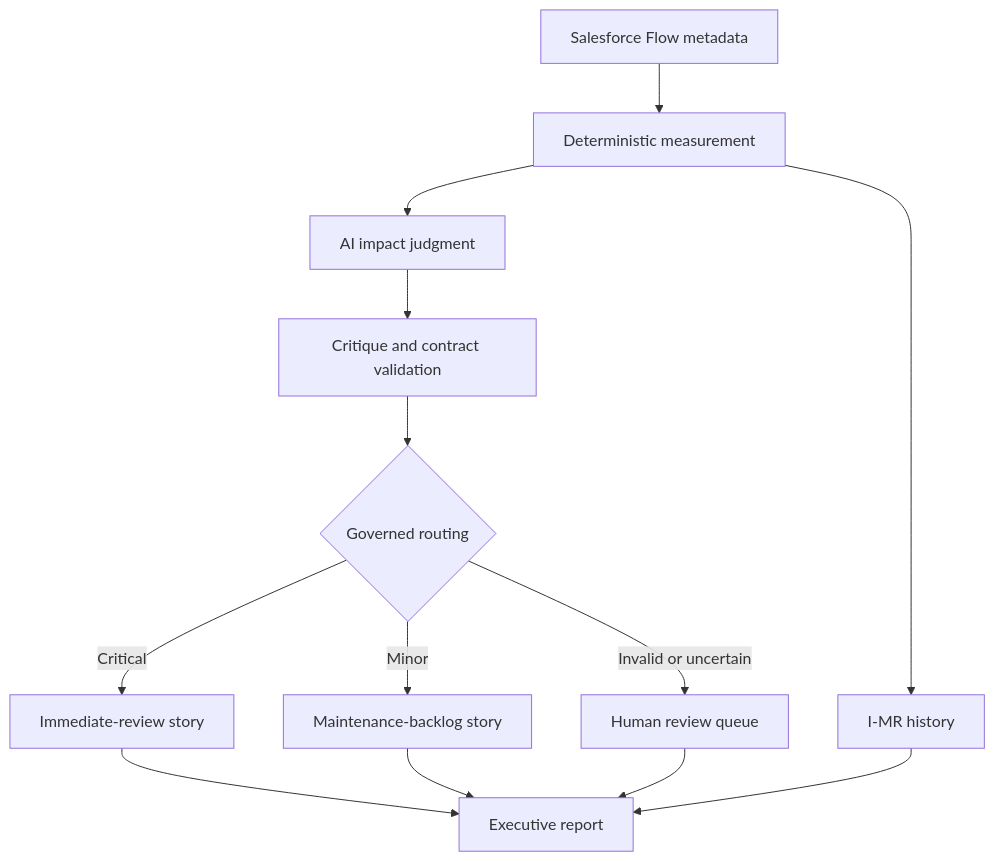
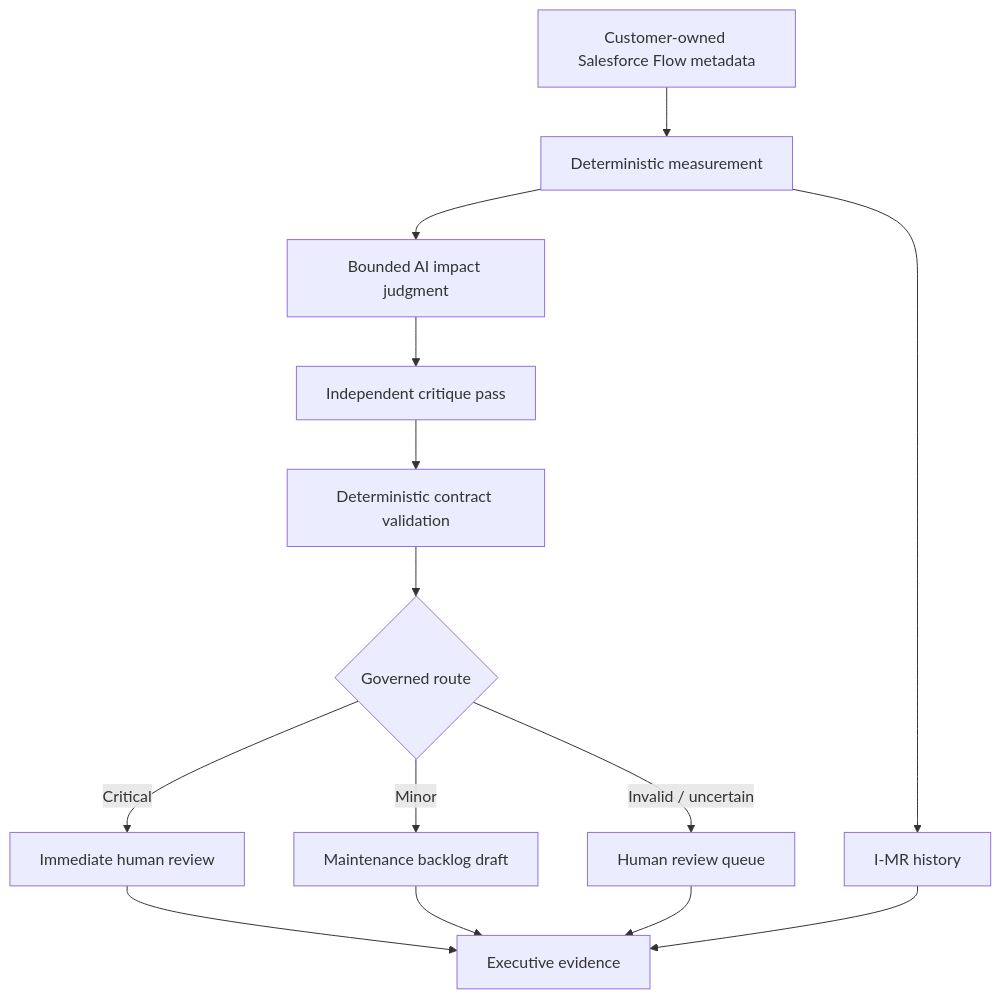
One commit to kalyansrinivas2k26/viridian-agentic-process-excellence-suite changed the diagram in projects/01-salesforce-governance-sentinel/README.md. Above: the diagram before and after it, drawn with Mermaid. The commit also changed other lines of this file and 44 other files, not shown here.

First line of the commit message:
feat: finalize VANTIX Flow Integrity portfolio release

````diff
--- a/projects/01-salesforce-governance-sentinel/README.md
+++ b/projects/01-salesforce-governance-sentinel/README.md
@@ -45,15 +33,16 @@
 ```mermaid
 flowchart TD
-    SF["Salesforce Flow metadata"] --> M["Deterministic measurement"]
-    M --> AI["AI impact judgment"]
-    AI --> V["Critique and contract validation"]
-    V --> R{"Governed routing"}
-    R -->|Critical| C["Immediate-review story"]
-    R -->|Minor| B["Maintenance-backlog story"]
-    R -->|Invalid or uncertain| H["Human review queue"]
+    SF["Customer-owned Salesforce Flow metadata"] --> M["Deterministic measurement"]
+    M --> AI["Bounded AI impact judgment"]
+    AI --> C["Independent critique pass"]
+    C --> V["Deterministic contract validation"]
+    V --> R{"Governed route"}
+    R -->|Critical| CR["Immediate human review"]
+    R -->|Minor| MR["Maintenance backlog draft"]
+    R -->|Invalid / uncertain| HR["Human review queue"]
     M --> SPC["I-MR history"]
-    C --> REP["Executive report"]
-    B --> REP
-    H --> REP
+    CR --> REP["Executive evidence"]
+    MR --> REP
+    HR --> REP
     SPC --> REP
 ```
````
